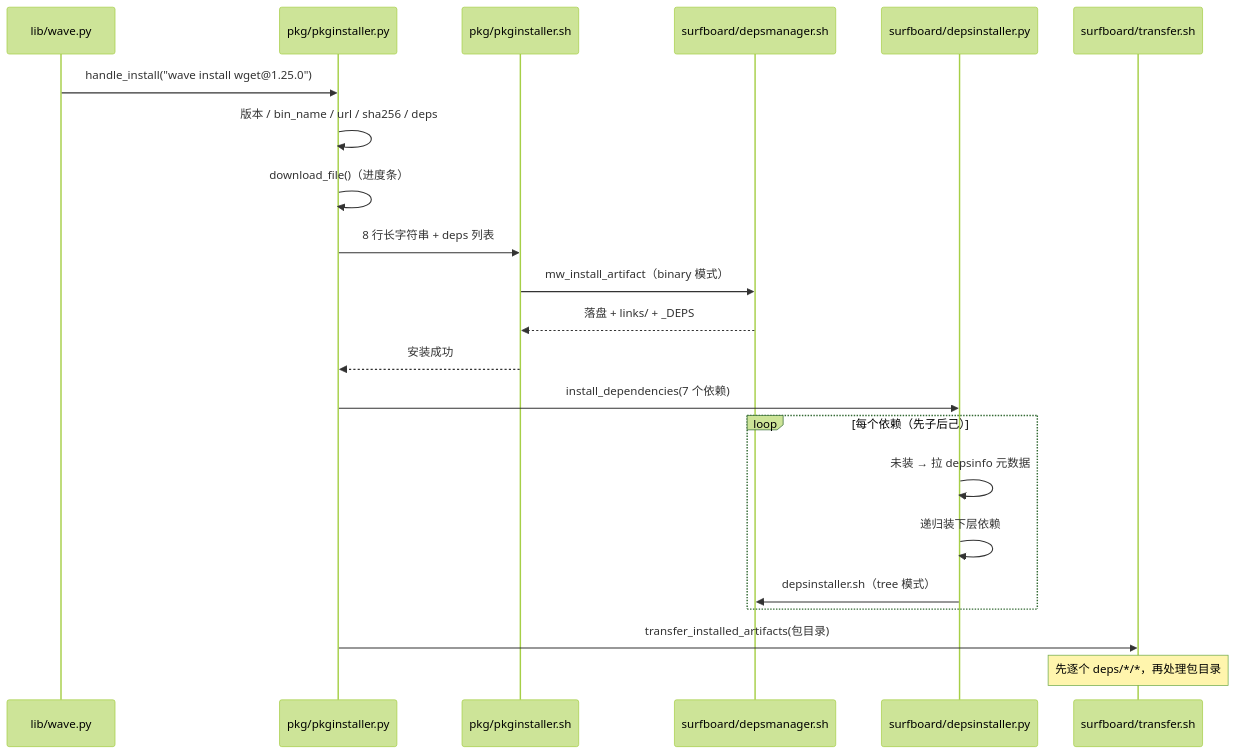
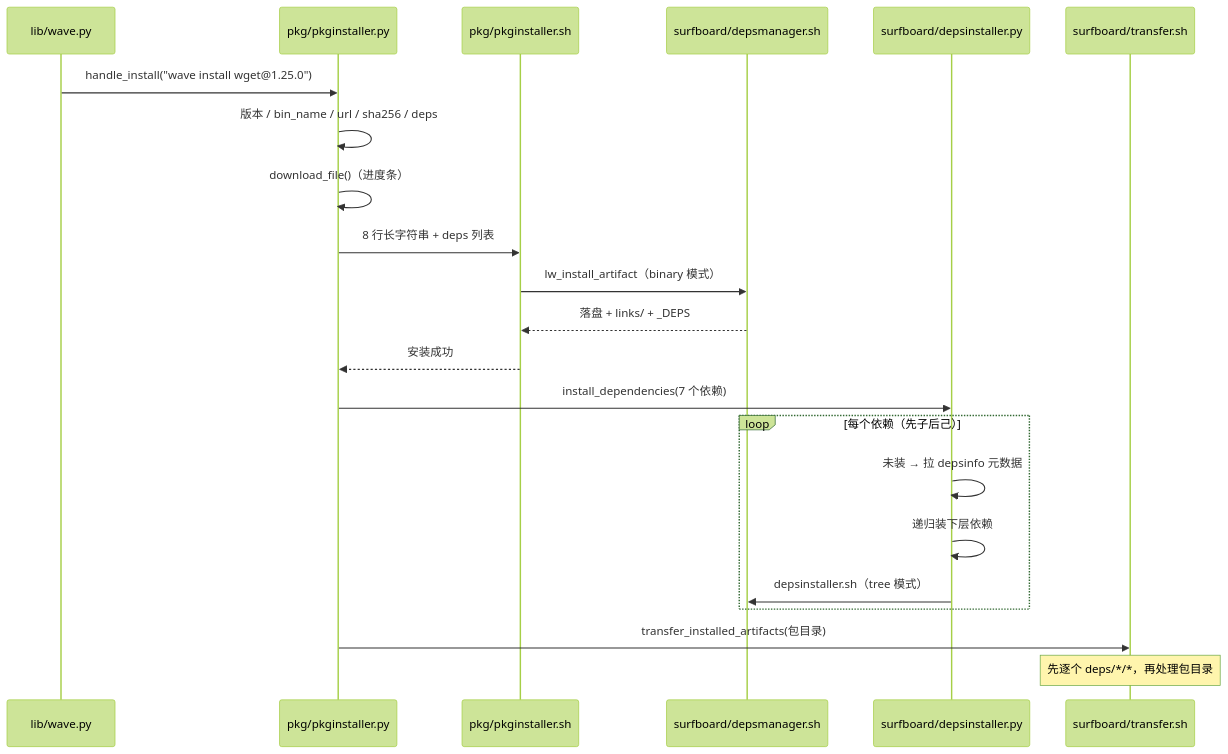
The diagram in PROJECT_CONTEXT.md (LinuxWaveOrg/LinuxWave), drawn with Mermaid (forest theme) before and after one commit. The commit also changed other lines of this file and 8 other files, not shown here.

````diff
--- a/PROJECT_CONTEXT.md
+++ b/PROJECT_CONTEXT.md
@@ -414,25 +414,25 @@
 ```mermaid
 sequenceDiagram
     participant W as lib/wave.py
     participant P as pkg/pkginstaller.py
     participant S as pkg/pkginstaller.sh
     participant M as surfboard/depsmanager.sh
     participant D as surfboard/depsinstaller.py
     participant X as surfboard/transfer.sh
 
     W->>P: handle_install("wave install wget@1.25.0")
     P->>P: 版本 / bin_name / url / sha256 / deps
     P->>P: download_file()（进度条）
     P->>S: 8 行长字符串 + deps 列表
-    S->>M: mw_install_artifact（binary 模式）
+    S->>M: lw_install_artifact（binary 模式）
     M-->>S: 落盘 + links/ + _DEPS
     S-->>P: 安装成功
     P->>D: install_dependencies(7 个依赖)
     loop 每个依赖（先子后己）
         D->>D: 未装 → 拉 depsinfo 元数据
         D->>D: 递归装下层依赖
         D->>M: depsinstaller.sh（tree 模式）
     end
     P->>X: transfer_installed_artifacts(包目录)
     Note over X: 先逐个 deps/*/*，再处理包目录
 ```
````
